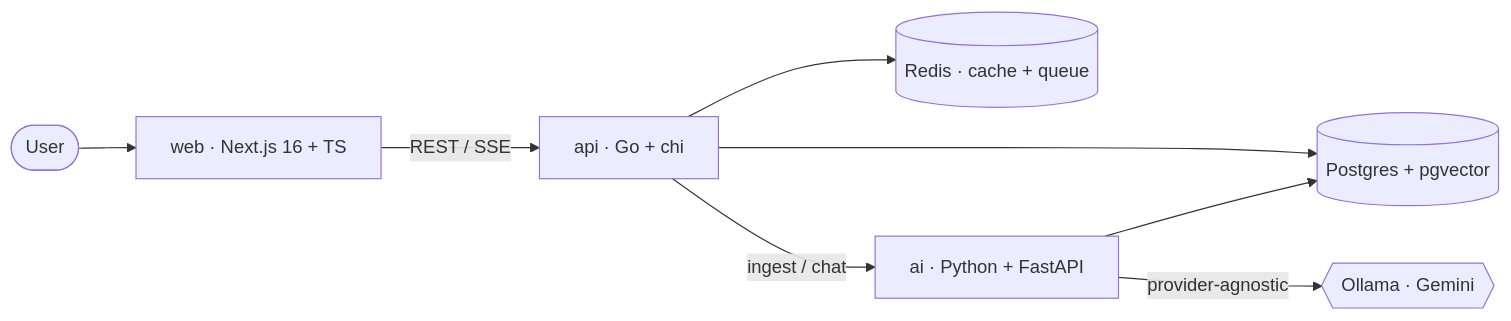
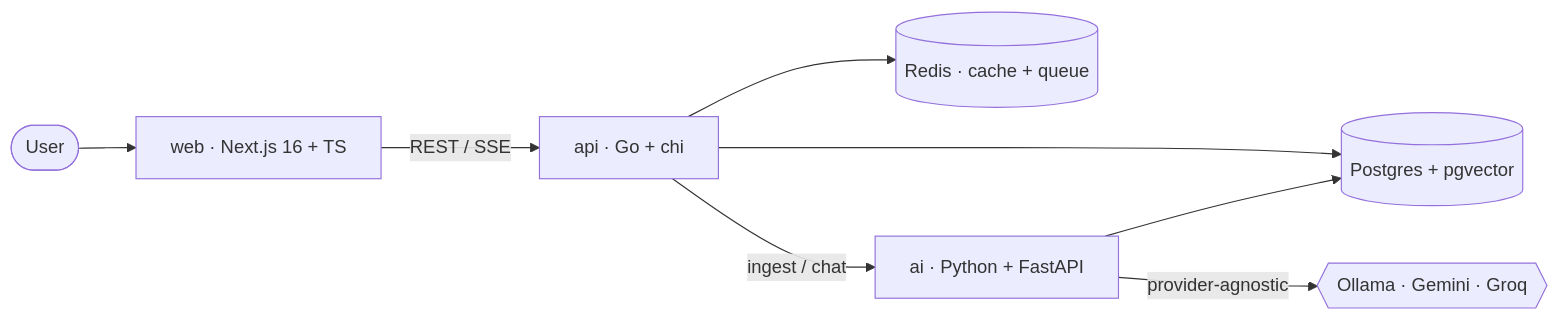
The diagram in README.md (thefcan/ragdesk), drawn with Mermaid before and after one commit. The commit also changed other lines of this file, not shown here.

First line of the commit message:
docs(readme): polish hero, drop completed roadmap, add Groq + Render button

````diff
--- a/README.md
+++ b/README.md
@@ -56,10 +64,10 @@
 ```mermaid
 flowchart LR
     User([User]) --> Web[web · Next.js 16 + TS]
     Web -->|REST / SSE| API[api · Go + chi]
     API --> PG[(Postgres + pgvector)]
     API --> Redis[(Redis · cache + queue)]
     API -->|ingest / chat| AI[ai · Python + FastAPI]
     AI --> PG
-    AI -->|provider-agnostic| LLM{{Ollama · Gemini}}
+    AI -->|provider-agnostic| LLM{{Ollama · Gemini · Groq}}
 ```
````
